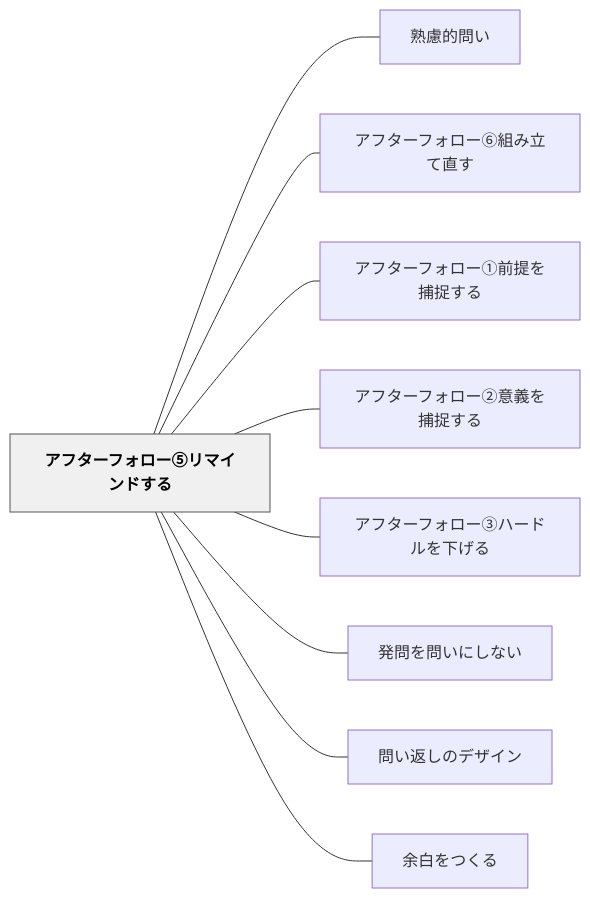
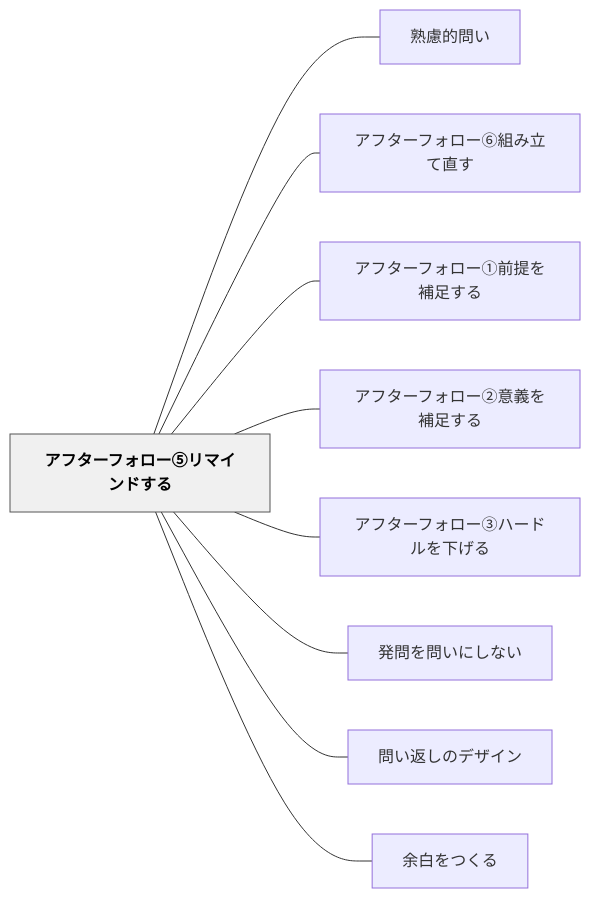
One commit to unknownthings-ed-patterns/unknownthings-ed-patterns changed the diagram in content/パタン/アフターフォロー⑤リマインドする.md. Above: the diagram before and after it, drawn with Mermaid. The commit also changed other lines of this file and 28 other files, not shown here.

````diff
--- a/content/パタン/アフターフォロー⑤リマインドする.md
+++ b/content/パタン/アフターフォロー⑤リマインドする.md
@@ -68,24 +68,24 @@
 ```mermaid
 flowchart LR
     ne382a2e38395e382bfe383bce38395e382a9e383ade383bce291a4e383aae3839ee382a4e383b3e38389e38199e3828b["アフターフォロー⑤リマインドする"]
     ne7869fe685aee79a84e5958fe38184["熟慮的問い"]
     ne382a2e38395e382bfe383bce38395e382a9e383ade383bce291a5e7b584e381bfe7ab8be381a6e79bb4e38199["アフターフォロー⑥組み立て直す"]
-    ne382a2e38395e382bfe383bce38395e382a9e383ade383bce291a0e5898de68f90e38292e68d95e68d89e38199e3828b["アフターフォロー①前提を捕捉する"]
-    ne382a2e38395e382bfe383bce38395e382a9e383ade383bce291a1e6848fe7bea9e38292e68d95e68d89e38199e3828b["アフターフォロー②意義を捕捉する"]
+    ne382a2e38395e382bfe383bce38395e382a9e383ade383bce291a0e5898de68f90e38292e8a39ce8b6b3e38199e3828b["アフターフォロー①前提を補足する"]
+    ne382a2e38395e382bfe383bce38395e382a9e383ade383bce291a1e6848fe7bea9e38292e8a39ce8b6b3e38199e3828b["アフターフォロー②意義を補足する"]
     ne382a2e38395e382bfe383bce38395e382a9e383ade383bce291a2e3838fe383bce38389e383abe38292e4b88be38192e3828b["アフターフォロー③ハードルを下げる"]
     ne799bae5958fe38292e5958fe38184e381abe38197e381aae38184["発問を問いにしない"]
     ne5958fe38184e8bf94e38197e381aee38387e382b6e382a4e383b3["問い返しのデザイン"]
     ne4bd99e799bde38292e381a4e3818fe3828b["余白をつくる"]
 
     ne382a2e38395e382bfe383bce38395e382a9e383ade383bce291a4e383aae3839ee382a4e383b3e38389e38199e3828b --- ne7869fe685aee79a84e5958fe38184
     ne382a2e38395e382bfe383bce38395e382a9e383ade383bce291a4e383aae3839ee382a4e383b3e38389e38199e3828b --- ne382a2e38395e382bfe383bce38395e382a9e383ade383bce291a5e7b584e381bfe7ab8be381a6e79bb4e38199
-    ne382a2e38395e382bfe383bce38395e382a9e383ade383bce291a4e383aae3839ee382a4e383b3e38389e38199e3828b --- ne382a2e38395e382bfe383bce38395e382a9e383ade383bce291a0e5898de68f90e38292e68d95e68d89e38199e3828b
-    ne382a2e38395e382bfe383bce38395e382a9e383ade383bce291a4e383aae3839ee382a4e383b3e38389e38199e3828b --- ne382a2e38395e382bfe383bce38395e382a9e383ade383bce291a1e6848fe7bea9e38292e68d95e68d89e38199e3828b
+    ne382a2e38395e382bfe383bce38395e382a9e383ade383bce291a4e383aae3839ee382a4e383b3e38389e38199e3828b --- ne382a2e38395e382bfe383bce38395e382a9e383ade383bce291a0e5898de68f90e38292e8a39ce8b6b3e38199e3828b
+    ne382a2e38395e382bfe383bce38395e382a9e383ade383bce291a4e383aae3839ee382a4e383b3e38389e38199e3828b --- ne382a2e38395e382bfe383bce38395e382a9e383ade383bce291a1e6848fe7bea9e38292e8a39ce8b6b3e38199e3828b
     ne382a2e38395e382bfe383bce38395e382a9e383ade383bce291a4e383aae3839ee382a4e383b3e38389e38199e3828b --- ne382a2e38395e382bfe383bce38395e382a9e383ade383bce291a2e3838fe383bce38389e383abe38292e4b88be38192e3828b
     ne382a2e38395e382bfe383bce38395e382a9e383ade383bce291a4e383aae3839ee382a4e383b3e38389e38199e3828b --- ne799bae5958fe38292e5958fe38184e381abe38197e381aae38184
     ne382a2e38395e382bfe383bce38395e382a9e383ade383bce291a4e383aae3839ee382a4e383b3e38389e38199e3828b --- ne5958fe38184e8bf94e38197e381aee38387e382b6e382a4e383b3
     ne382a2e38395e382bfe383bce38395e382a9e383ade383bce291a4e383aae3839ee382a4e383b3e38389e38199e3828b --- ne4bd99e799bde38292e381a4e3818fe3828b
 
     classDef hub fill:#f0f0f0,stroke:#555,color:#000,font-weight:bold
     class ne382a2e38395e382bfe383bce38395e382a9e383ade383bce291a4e383aae3839ee382a4e383b3e38389e38199e3828b hub
 ```
````
